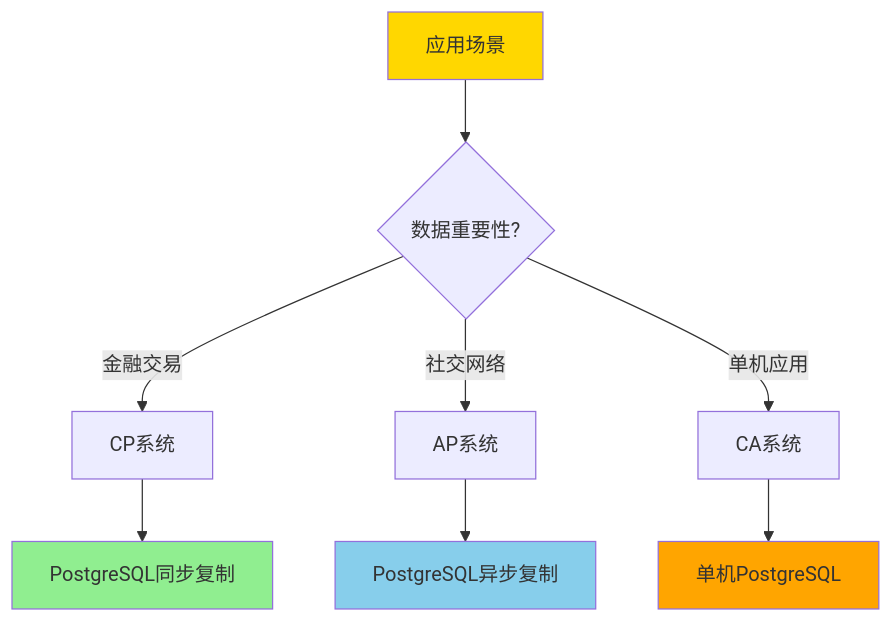
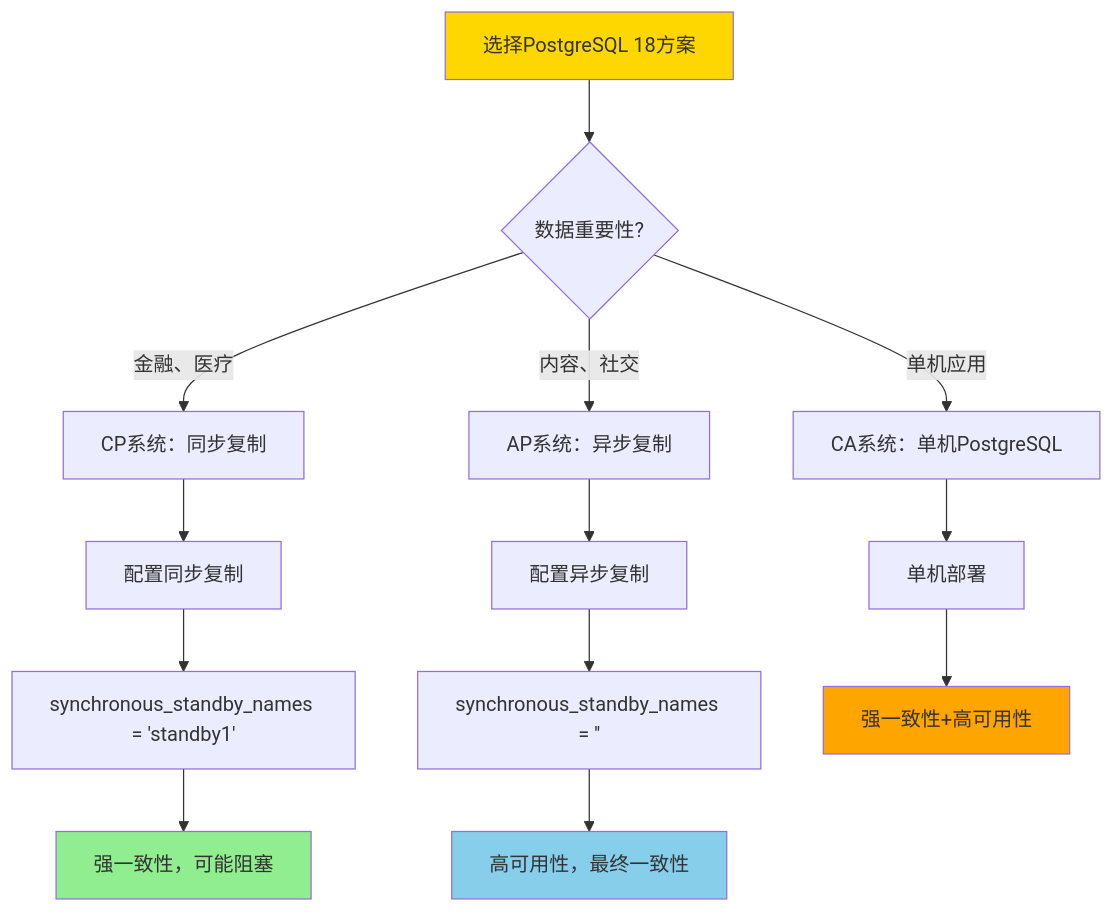
Before and after one commit to AdaMartin18010/PostgreSQL_modern: the seventh of 7 diagrams in PostgreSQL/10-理论基础/04-分布式系统理论/04.02-分布式一致性与CAP-形式化刻画与权衡.md, drawn with Mermaid. The commit also changed other lines of this file and 16 other files, not shown here.

````diff
--- a/PostgreSQL/10-理论基础/04-分布式系统理论/04.02-分布式一致性与CAP-形式化刻画与权衡.md
+++ b/PostgreSQL/10-理论基础/04-分布式系统理论/04.02-分布式一致性与CAP-形式化刻画与权衡.md
@@ -370,15 +749,23 @@
 ```mermaid
 flowchart TD
-    A[应用场景] --> B{数据重要性?}
-    B -->|金融交易| C[CP系统]
-    B -->|社交网络| D[AP系统]
-    B -->|单机应用| E[CA系统]
-    C --> F[PostgreSQL同步复制]
-    D --> G[PostgreSQL异步复制]
-    E --> H[单机PostgreSQL]
+    A[选择PostgreSQL 18方案] --> B{数据重要性?}
+    B -->|金融、医疗| C[CP系统：同步复制]
+    B -->|内容、社交| D[AP系统：异步复制]
+    B -->|单机应用| E[CA系统：单机PostgreSQL]
+
+    C --> F[配置同步复制]
+    F --> G[synchronous_standby_names = 'standby1']
+    G --> H[强一致性，可能阻塞]
+
+    D --> I[配置异步复制]
+    I --> J[synchronous_standby_names = '']
+    J --> K[高可用性，最终一致性]
+
+    E --> L[单机部署]
+    L --> M[强一致性+高可用性]
 
     style A fill:#FFD700
-    style F fill:#90EE90
-    style G fill:#87CEEB
-    style H fill:#FFA500
+    style H fill:#90EE90
+    style K fill:#87CEEB
+    style M fill:#FFA500
 ```
````
